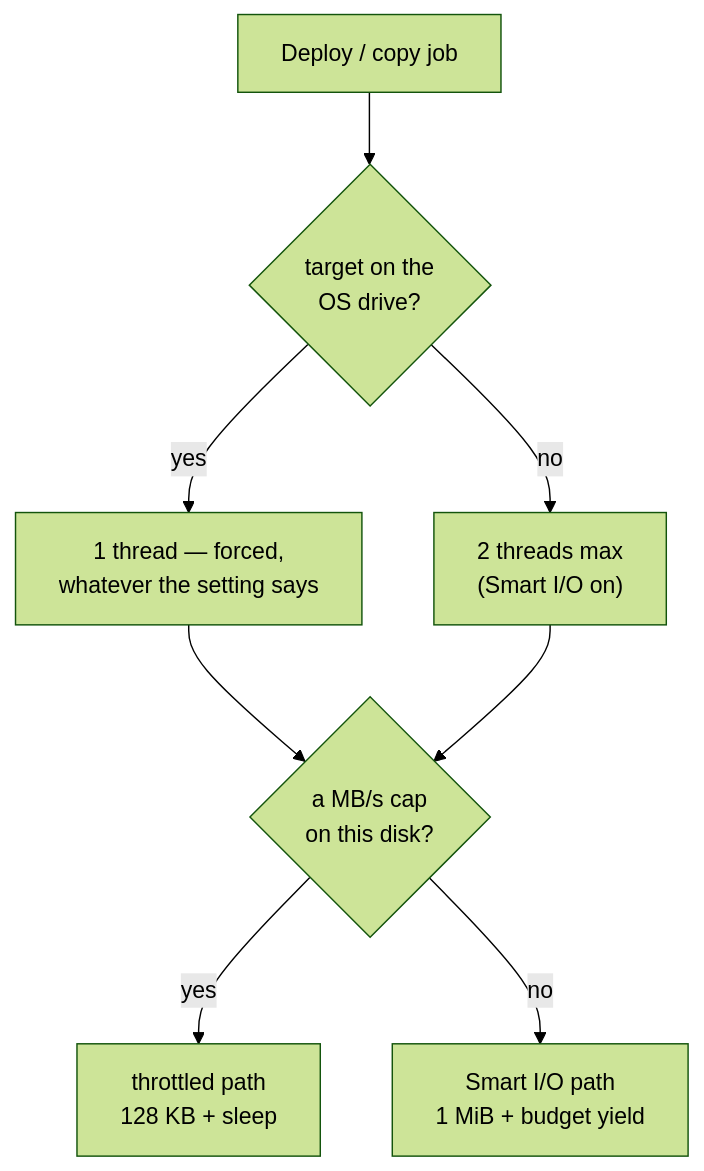
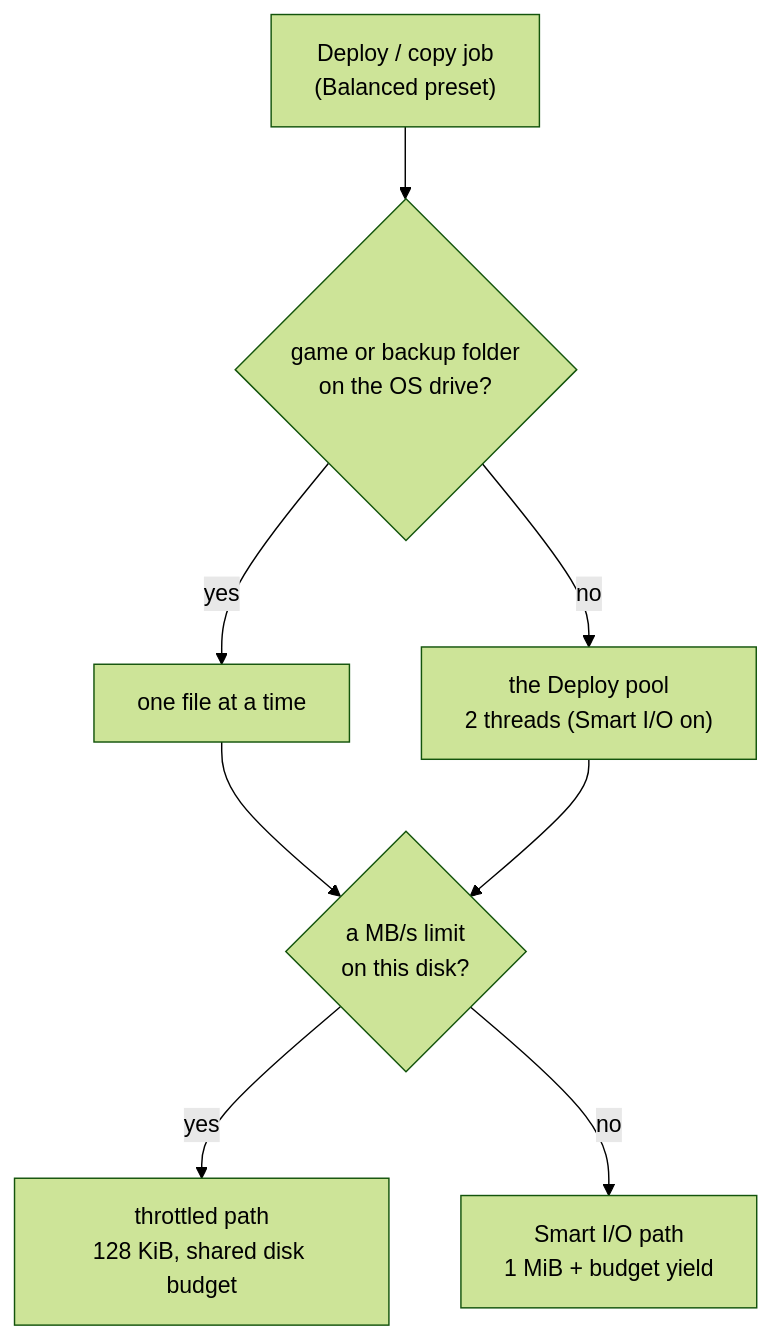
The first of 2 diagrams in frontend/assets/docs/en/how-it-works/performance.md (FreeProject089/BetterModsManager), drawn with Mermaid (forest theme) before and after one commit. The commit also changed other lines of this file and 14 other files, not shown here.

````diff
--- a/frontend/assets/docs/en/how-it-works/performance.md
+++ b/frontend/assets/docs/en/how-it-works/performance.md
@@ -38,10 +41,10 @@
 ```mermaid
 flowchart TB
-    JOB["Deploy / copy job"] --> SYS{"target on the<br/>OS drive?"}
-    SYS -- yes --> ONE["1 thread — forced,<br/>whatever the setting says"]
-    SYS -- no --> TWO["2 threads max<br/>(Smart I/O on)"]
-    ONE --> LIM{"a MB/s cap<br/>on this disk?"}
+    JOB["Deploy / copy job<br/>(Balanced preset)"] --> SYS{"game or backup folder<br/>on the OS drive?"}
+    SYS -- yes --> ONE["one file at a time"]
+    SYS -- no --> TWO["the Deploy pool<br/>2 threads (Smart I/O on)"]
+    ONE --> LIM{"a MB/s limit<br/>on this disk?"}
     TWO --> LIM
-    LIM -- yes --> THR["throttled path<br/>128 KB + sleep"]
+    LIM -- yes --> THR["throttled path<br/>128 KiB, shared disk budget"]
     LIM -- no --> SM["Smart I/O path<br/>1 MiB + budget yield"]
 ```
````
